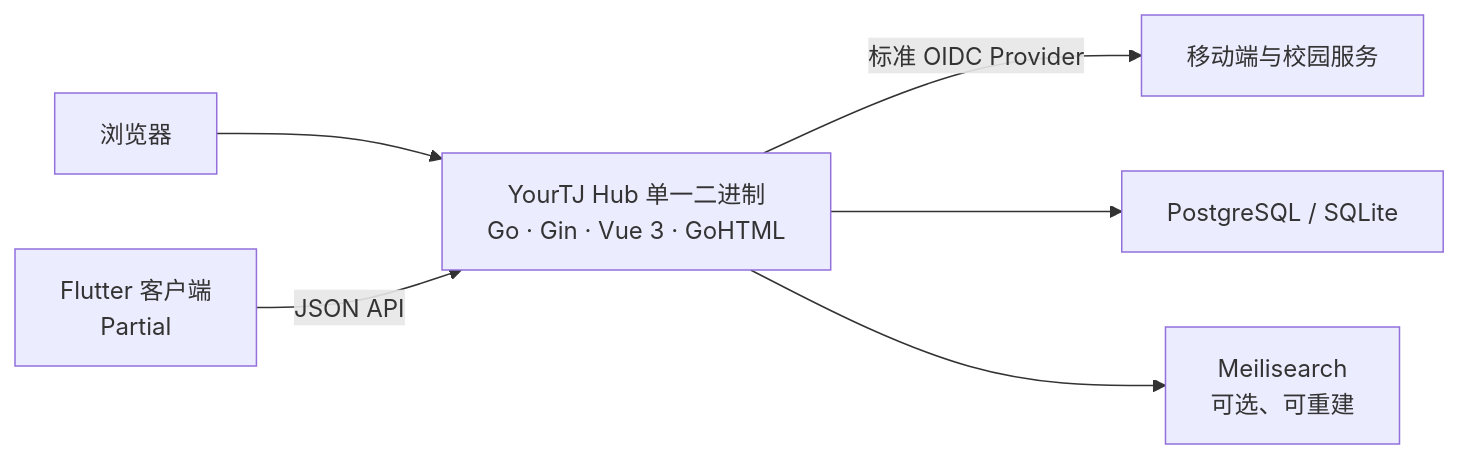
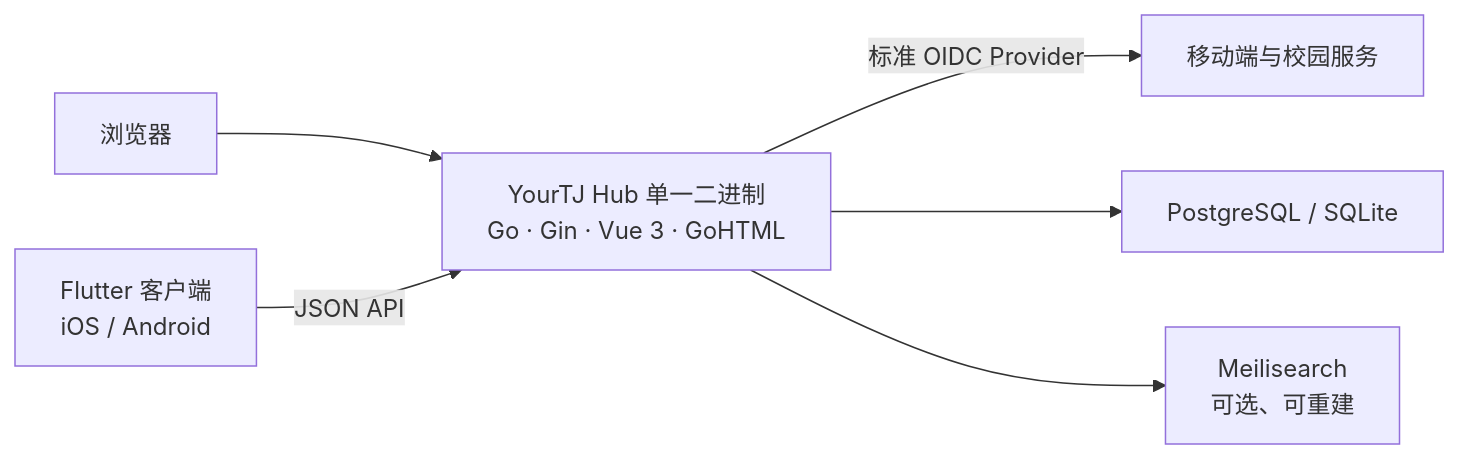
Before and after one commit to YourTongji/YourTJ-Hub: the diagram in README.md, drawn with Mermaid. The commit also changed other lines of this file and 23 other files, not shown here.

````diff
--- a/README.md
+++ b/README.md
@@ -60,8 +74,8 @@
 ```mermaid
 flowchart LR
     Browser["浏览器"] --> Hub["YourTJ Hub 单一二进制<br/>Go · Gin · Vue 3 · GoHTML"]
-    Mobile["Flutter 客户端<br/>Partial"] -->|JSON API| Hub
+    Mobile["Flutter 客户端<br/>iOS / Android"] -->|JSON API| Hub
     Hub -->|标准 OIDC Provider| Clients["移动端与校园服务"]
     Hub --> DB["PostgreSQL / SQLite"]
     Hub --> Search["Meilisearch<br/>可选、可重建"]
 ```
````
